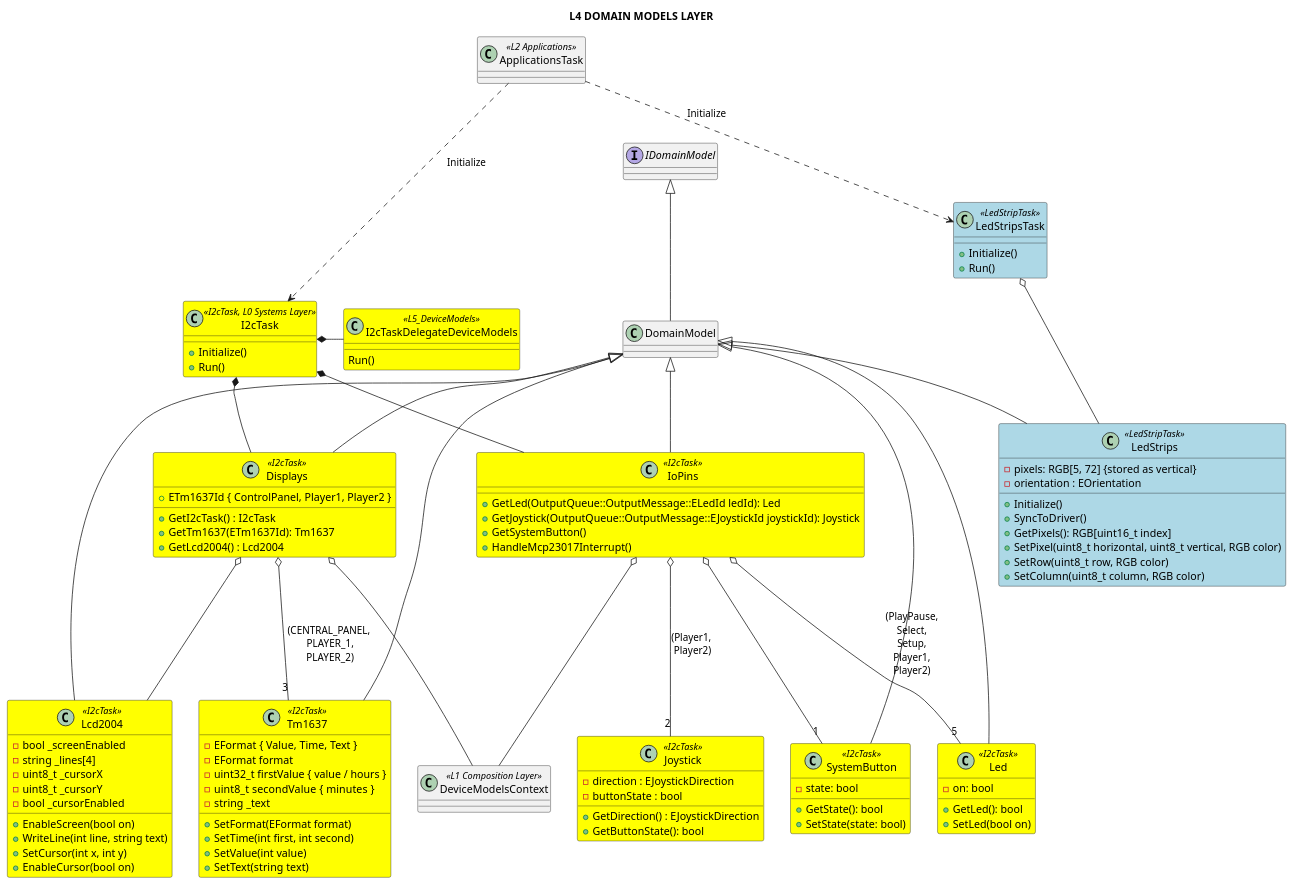
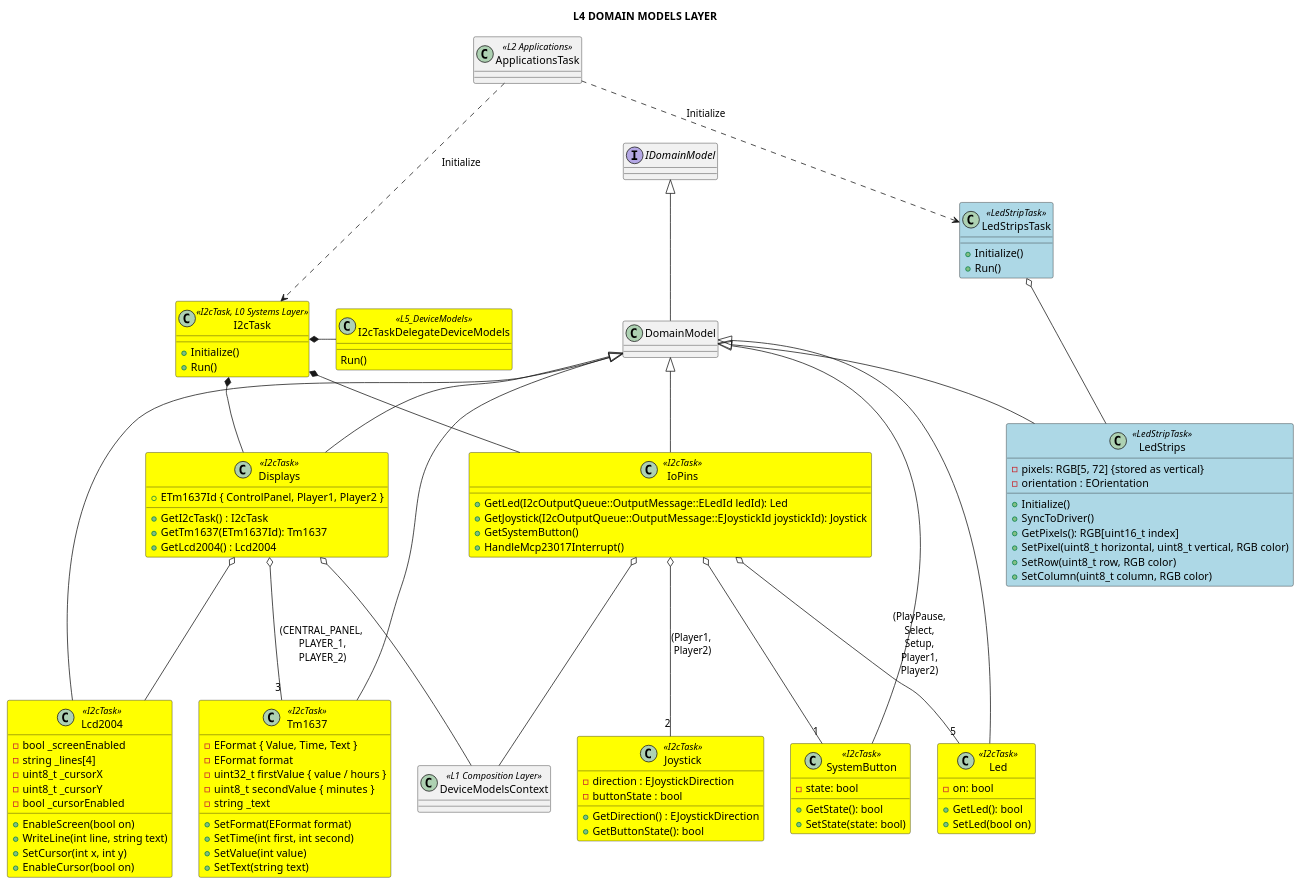
One commit to michelkeijzers/fraxis changed the diagram in Docs/Software Design/Layers/L4_domain_models_layer.puml. Above: the diagram before and after it, drawn with PlantUML. The commit also changed 39 other files, not shown here.

```diff
--- a/Docs/Software Design/Layers/L4_domain_models_layer.puml
+++ b/Docs/Software Design/Layers/L4_domain_models_layer.puml
@@ -1,147 +1,147 @@
 @startuml
 
 title L4 DOMAIN MODELS LAYER
 
 skinparam packageStyle rectangle
 skinparam lineThickness 2
 
 class I2cTask <<I2cTask, L0 Systems Layer>> #yellow
 {
     + Initialize()
     + Run()
 }
 
 I2cTask *-- IoPins
 ApplicationsTask ...> I2cTask : Initialize
 
 class I2cTaskDelegateDeviceModels <<L5_DeviceModels>> #yellow
 {
     Run()
 }
 
 I2cTask *- I2cTaskDelegateDeviceModels
 
 interface IDomainModel 
 {
 }
 
 class DomainModel 
 {
 }
 
 DomainModel -u-|> IDomainModel
 
 class IoPins <<I2cTask>> #yellow
 {
-    + GetLed(OutputQueue::OutputMessage::ELedId ledId): Led
-    + GetJoystick(OutputQueue::OutputMessage::EJoystickId joystickId): Joystick
+    + GetLed(I2cOutputQueue::OutputMessage::ELedId ledId): Led
+    + GetJoystick(I2cOutputQueue::OutputMessage::EJoystickId joystickId): Joystick
     + GetSystemButton()
     + HandleMcp23017Interrupt()
 }
 
 IoPins -u-|> DomainModel
 
 class Joystick  <<I2cTask>> #yellow
 {
     - direction : EJoystickDirection
     - buttonState : bool
     + GetDirection() : EJoystickDirection
     + GetButtonState(): bool
 }
 
 IoPins o-- "2" Joystick : (Player1, \nPlayer2)
 
 class SystemButton <<I2cTask>> #yellow
 {
     - state: bool 
     + GetState(): bool 
     + SetState(state: bool) 
 }
 
 SystemButton -u-|> DomainModel
 IoPins o-- "1" SystemButton 
 
 class Displays <<I2cTask>> #yellow
 {
     + GetI2cTask() : I2cTask
     + ETm1637Id { ControlPanel, Player1, Player2 }
     + GetTm1637(ETm1637Id): Tm1637
     + GetLcd2004() : Lcd2004
 }
 
 Displays -u-|> DomainModel
 I2cTask *-- Displays
 
 class Led <<I2cTask>> #yellow
 {
     - on: bool
     + GetLed(): bool
     + SetLed(bool on)
 }
 
 Led -u-|> DomainModel
 IoPins o-- "5" Led : (PlayPause,\nSelect,\nSetup,\nPlayer1,\nPlayer2)
 
 class Lcd2004 <<I2cTask>> #yellow
 {
     - bool _screenEnabled
     - string _lines[4]
     - uint8_t _cursorX
     - uint8_t _cursorY
     - bool _cursorEnabled
     + EnableScreen(bool on)
     + WriteLine(int line, string text)
     + SetCursor(int x, int y)
     + EnableCursor(bool on)
 }
 
 Lcd2004 -u-|> DomainModel
 Displays o-- Lcd2004
 
 class Tm1637 <<I2cTask>> #yellow
 {
     - EFormat { Value, Time, Text }
     - EFormat format
     - uint32_t firstValue { value / hours }
     - uint8_t secondValue  { minutes }
     - string _text
     + SetFormat(EFormat format)
     + SetTime(int first, int second) 
     + SetValue(int value)
     + SetText(string text)
 }
 
 Tm1637 -u-|> DomainModel
 Displays o-- "3" Tm1637 : (CENTRAL_PANEL,\n PLAYER_1,\n PLAYER_2)
 
 class DeviceModelsContext <<L1 Composition Layer>> {}
 
 Displays o-- DeviceModelsContext
 IoPins o-- DeviceModelsContext
 
 class LedStripsTask <<LedStripTask>> #lightblue
 {
     + Initialize()
     + Run()
 }
 
 class ApplicationsTask <<L2 Applications>>
 
 ApplicationsTask ..> LedStripsTask : Initialize
 
 class LedStrips  <<LedStripTask>> #lightblue
 {
     - pixels: RGB[5, 72] {stored as vertical}
     - orientation : EOrientation
     + Initialize()
     + SyncToDriver()
     + GetPixels(): RGB[uint16_t index]
     + SetPixel(uint8_t horizontal, uint8_t vertical, RGB color)
     + SetRow(uint8_t row, RGB color)
     + SetColumn(uint8_t column, RGB color)
 }
 
 LedStrips -u-|> DomainModel
 LedStripsTask o- LedStrips
 
 @enduml
```
